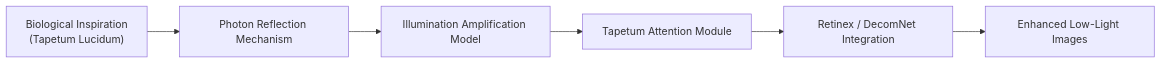
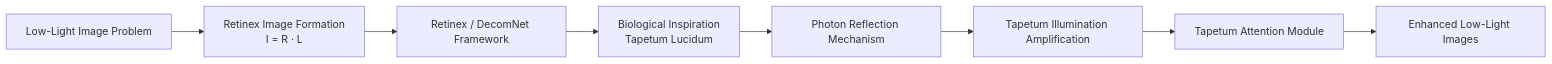
Before and after one commit to muratdelen/TAPETUM: the first of 18 diagrams in README.md, drawn with Mermaid.

````diff
--- a/README.md
+++ b/README.md
@@ -65,16 +65,21 @@
 ```mermaid
 flowchart LR
 
-A["Biological Inspiration
-(Tapetum Lucidum)"]
+A["Low-Light Image Problem"]
 
-A --> B["Photon Reflection Mechanism"]
+A --> B["Retinex Image Formation
+I = R · L"]
 
-B --> C["Illumination Amplification Model"]
+B --> C["Retinex / DecomNet Framework"]
 
-C --> D["Tapetum Attention Module"]
+C --> D["Biological Inspiration
+Tapetum Lucidum"]
 
-D --> E["Retinex / DecomNet Integration"]
+D --> E["Photon Reflection Mechanism"]
 
-E --> F["Enhanced Low-Light Images"]
+E --> F["Tapetum Illumination Amplification"]
+
+F --> G["Tapetum Attention Module"]
+
+G --> K["Enhanced Low-Light Images"]
 ```
````
